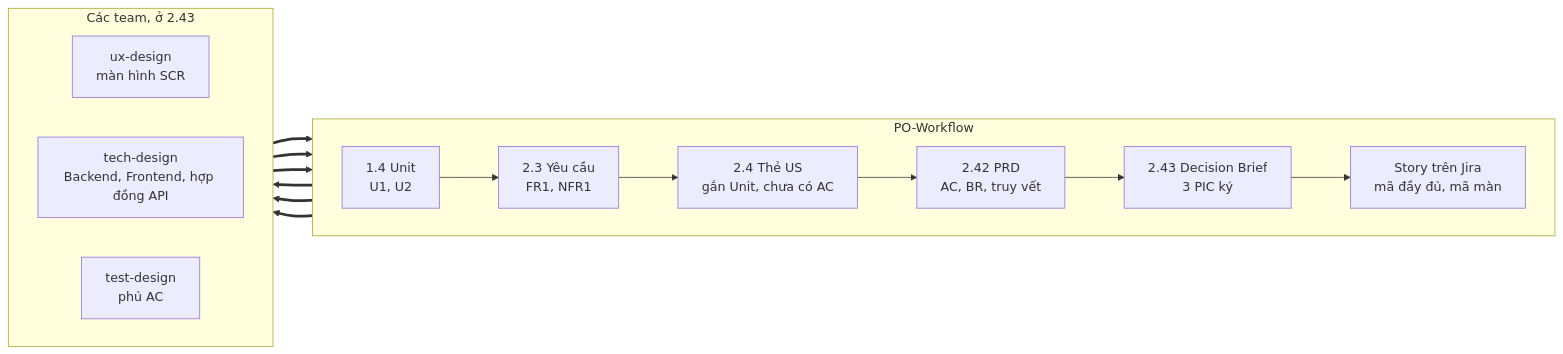
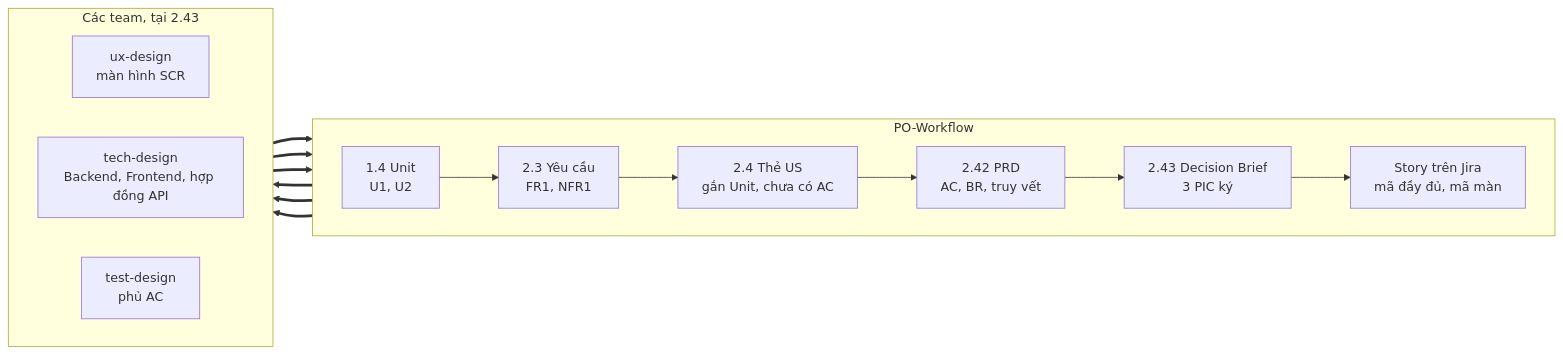
The second of 2 diagrams in README.md (buidhui/po_workflow), drawn with Mermaid before and after one commit. The commit also changed other lines of this file and 7 other files, not shown here.

````diff
--- a/README.md
+++ b/README.md
@@ -211,23 +246,23 @@
 ```mermaid
 flowchart LR
     subgraph PO["PO-Workflow"]
         direction LR
         S14["1.4 Unit<br/>U1, U2"] --> S23["2.3 Yêu cầu<br/>FR1, NFR1"]
         S23 --> S24["2.4 Thẻ US<br/>gắn Unit, chưa có AC"]
         S24 --> S242["2.42 PRD<br/>AC, BR, truy vết"]
         S242 --> DB["2.43 Decision Brief<br/>3 PIC ký"]
         DB --> ST["Story trên Jira<br/>mã đầy đủ, mã màn"]
     end
-    subgraph TEAMS["Các team, ở 2.43"]
+    subgraph TEAMS["Các team, tại 2.43"]
         direction LR
         D["ux-design<br/>màn hình SCR"]
         T["tech-design<br/>Backend, Frontend, hợp đồng API"]
         Q["test-design<br/>phủ AC"]
     end
     S242 ==> D
     S242 ==> T
     S242 ==> Q
     D ==> DB
     T ==> DB
     Q ==> DB
 ```
````
